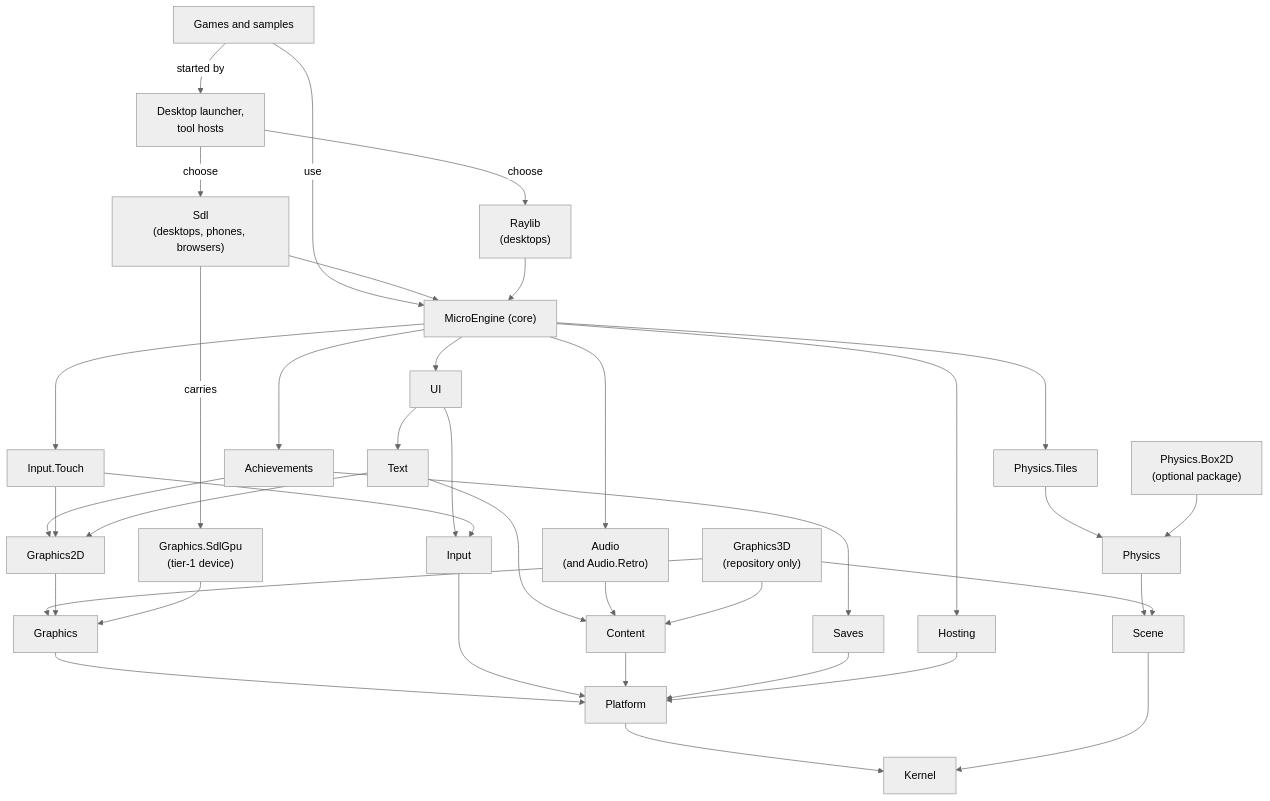
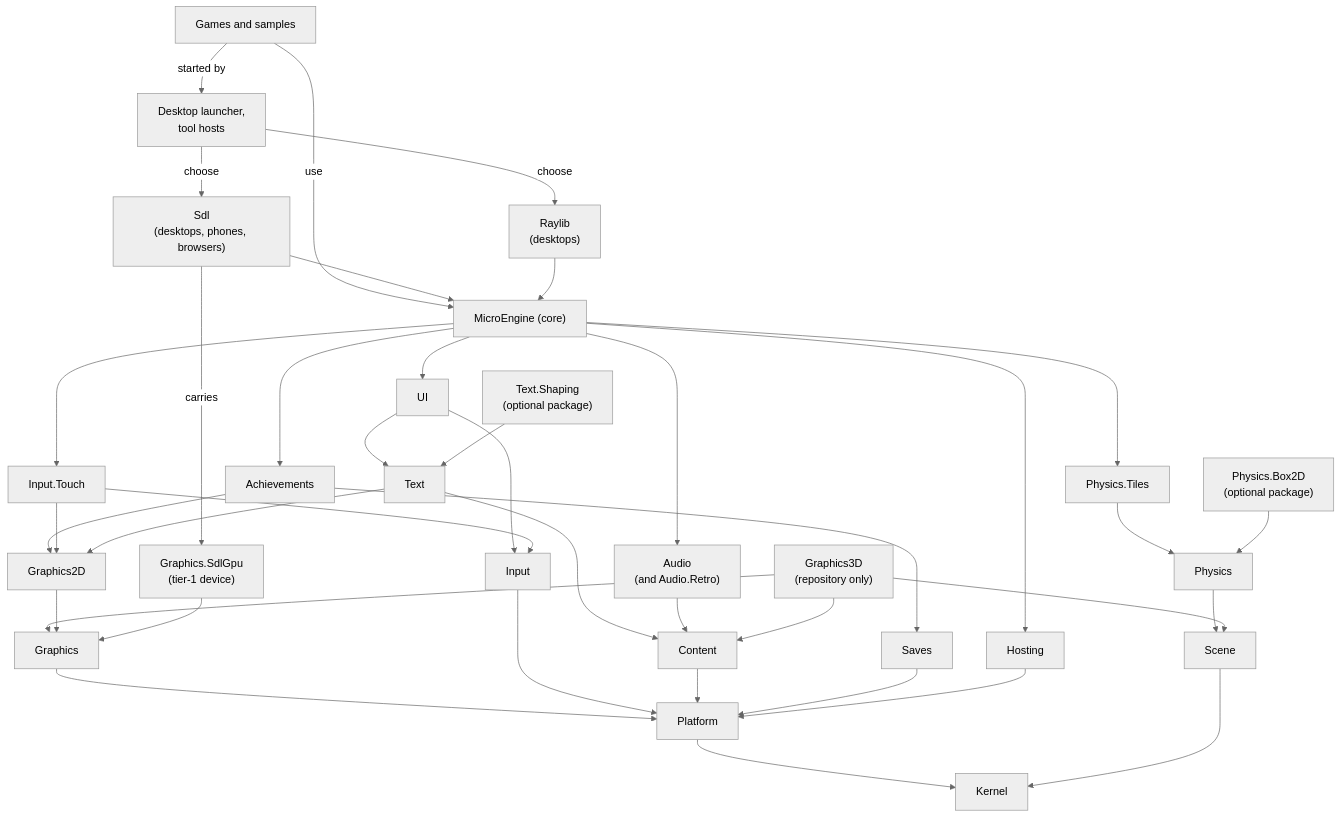
One commit to NastMz/MicroEngine changed the diagram in docs/architecture.md. Above: the diagram before and after it, drawn with Mermaid (neutral theme). The commit also changed other lines of this file and 45 other files, not shown here.

Commit message:
feat(text): optional shaped text package with HarfBuzz

````diff
--- a/docs/architecture.md
+++ b/docs/architecture.md
@@ -11,66 +11,68 @@
 ```mermaid
 flowchart TB
   accTitle: Layers
-  accDescr: Games and samples start through the hosts, which choose the SDL or raylib backend and compose the game through hosting. The core builds on the engine modules; the modules build on the graphics, input, content and platform contracts; everything builds on the kernel. The tier-1 graphics device, the 3D path and the Box2D physics backend are optional assemblies beside them.
+  accDescr: Games and samples start through the hosts, which choose the SDL or raylib backend and compose the game through hosting. The core builds on the engine modules; the modules build on the graphics, input, content and platform contracts; everything builds on the kernel. The tier-1 graphics device, text shaping, the 3D path and the Box2D physics backend are optional assemblies beside them.
   games["Games and samples"]
   hosts["Desktop launcher,<br/>tool hosts"]
   sdl["Sdl<br/>(desktops, phones, browsers)"]
   raylib["Raylib<br/>(desktops)"]
   sdlgpu["Graphics.SdlGpu<br/>(tier-1 device)"]
   core["MicroEngine (core)"]
   hosting["Hosting"]
   ui["UI"]
   achievements["Achievements"]
   saves["Saves"]
   touch["Input.Touch"]
   text["Text"]
+  shaping["Text.Shaping<br/>(optional package)"]
   g2d["Graphics2D"]
   audio["Audio<br/>(and Audio.Retro)"]
   tiles["Physics.Tiles"]
   box2d["Physics.Box2D<br/>(optional package)"]
   physics["Physics"]
   g3d["Graphics3D<br/>(repository only)"]
   scene["Scene"]
   graphics["Graphics"]
   input["Input"]
   content["Content"]
   platform["Platform"]
   kernel["Kernel"]
   games -- started by --> hosts
   games -- use --> core
   hosts -- choose --> sdl
   hosts -- choose --> raylib
   sdl -- carries --> sdlgpu
   sdl --> core
   raylib --> core
   core --> hosting
   core --> ui
   core --> achievements
   core --> touch
   core --> audio
   core --> tiles
   ui --> text
   ui --> input
   achievements --> saves
   achievements --> g2d
   touch --> g2d
   touch --> input
   text --> g2d
+  shaping --> text
   text --> content
   audio --> content
   tiles --> physics
   box2d --> physics
   physics --> scene
   g3d --> scene
   g3d --> content
   g3d --> graphics
   g2d --> graphics
   sdlgpu --> graphics
   graphics --> platform
   input --> platform
   content --> platform
   saves --> platform
   hosting --> platform
   platform --> kernel
   scene --> kernel
 ```
````
